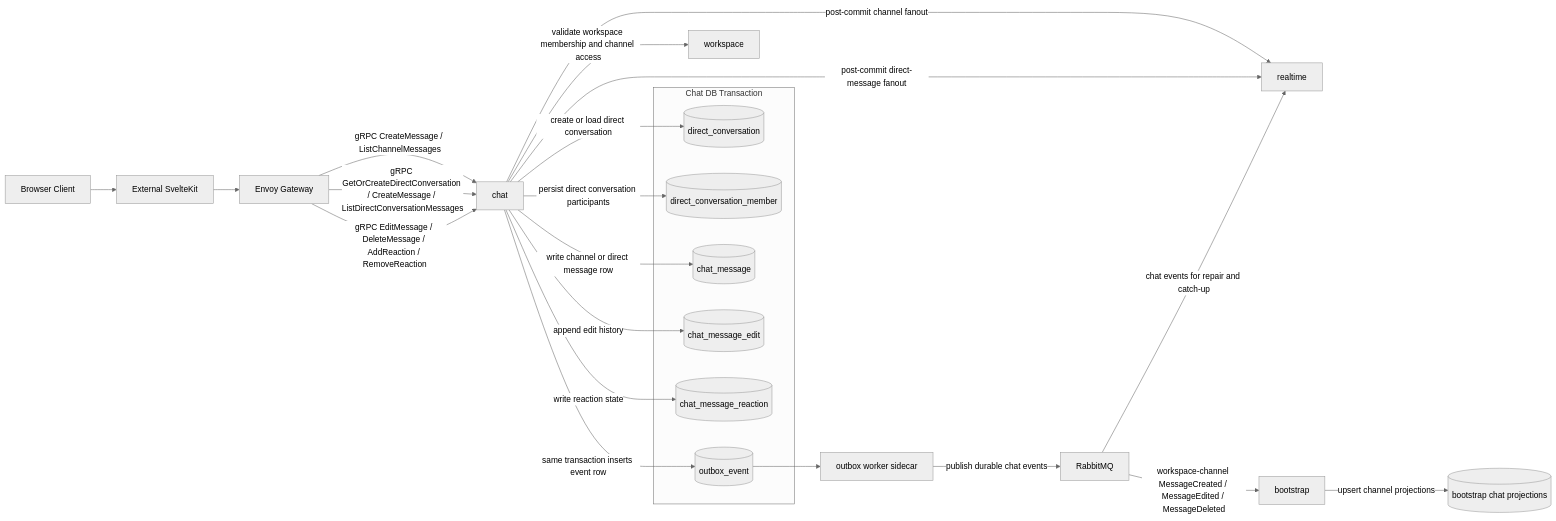
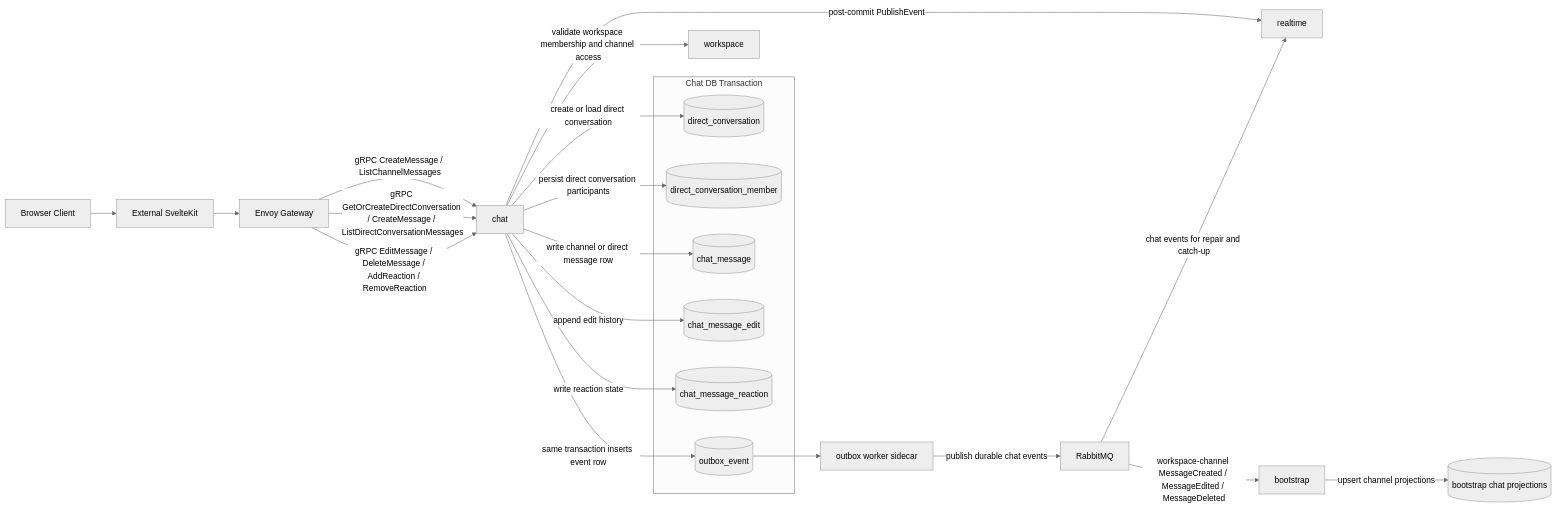
One commit to nthnf/Relay changed the diagram in docs/service/chat/diagram.md. Above: the diagram before and after it, drawn with Mermaid (neutral theme). The commit also changed other lines of this file and 43 other files, not shown here.

````diff
--- a/docs/service/chat/diagram.md
+++ b/docs/service/chat/diagram.md
@@ -3,35 +3,34 @@
 ```mermaid
 flowchart LR
     Browser[Browser Client] --> App[External SvelteKit]
     App --> Gateway[Envoy Gateway]
     Gateway -->|gRPC CreateMessage / ListChannelMessages| Chat[chat]
     Gateway -->|gRPC GetOrCreateDirectConversation / CreateMessage / ListDirectConversationMessages| Chat
     Gateway -->|gRPC EditMessage / DeleteMessage / AddReaction / RemoveReaction| Chat
     Chat -->|validate workspace membership and channel access| Workspace[workspace]
 
     subgraph Chat DB Transaction
         DC[(direct_conversation)]
         DCM[(direct_conversation_member)]
         CM[(chat_message)]
         CME[(chat_message_edit)]
         CMR[(chat_message_reaction)]
         O[(outbox_event)]
     end
 
     Chat -->|create or load direct conversation| DC
     Chat -->|persist direct conversation participants| DCM
     Chat -->|write channel or direct message row| CM
     Chat -->|append edit history| CME
     Chat -->|write reaction state| CMR
     Chat -->|same transaction inserts event row| O
 
-    Chat -->|post-commit channel fanout| Realtime[realtime]
-    Chat -->|post-commit direct-message fanout| Realtime
+    Chat -->|post-commit PublishEvent| Realtime[realtime]
 
     O --> Worker[outbox worker sidecar]
     Worker -->|publish durable chat events| RabbitMQ[RabbitMQ]
     RabbitMQ -->|workspace-channel MessageCreated / MessageEdited / MessageDeleted| Bootstrap[bootstrap]
     RabbitMQ -->|chat events for repair and catch-up| Realtime
 
     Bootstrap -->|upsert channel projections| Projections[(bootstrap chat projections)]
 ```
````
